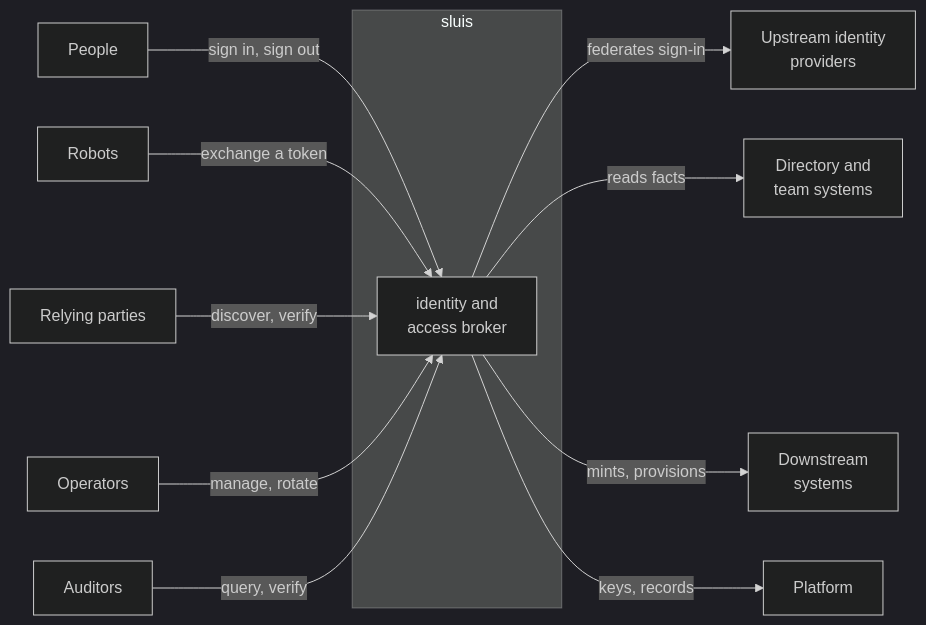
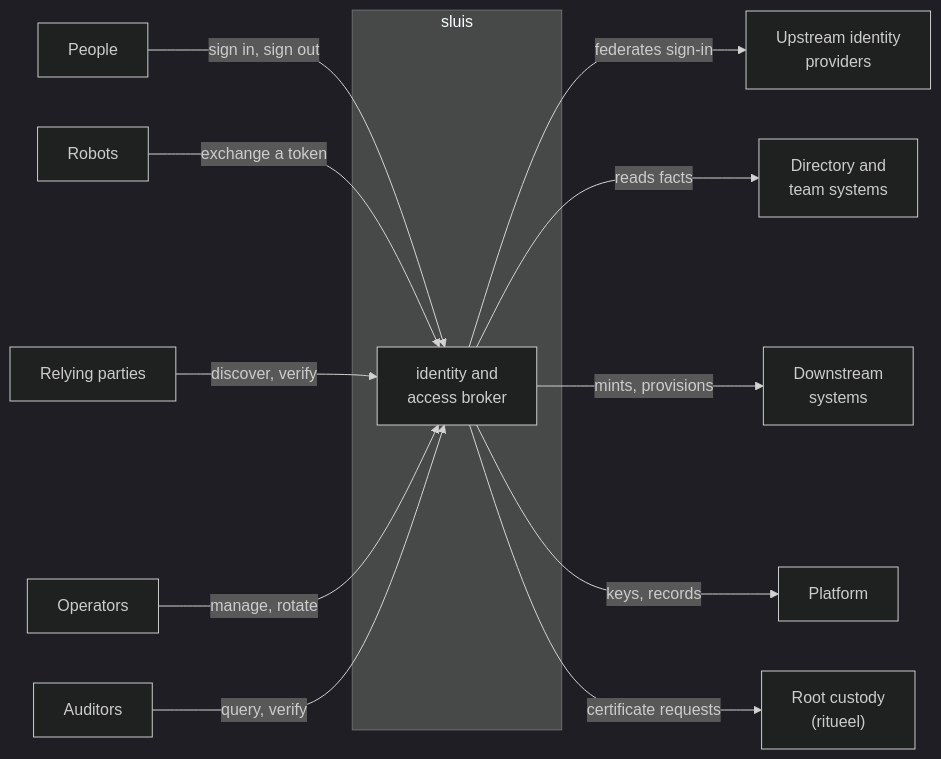
The first of 3 diagrams in docs/architecture/context.md (truvity/sluis), drawn with Mermaid (dark theme) before and after one commit. The commit also changed other lines of this file and 118 other files, not shown here.

````diff
--- a/docs/architecture/context.md
+++ b/docs/architecture/context.md
@@ -13,28 +13,30 @@
 ```mermaid
 flowchart LR
   person["People"]
   robot["Robots"]
   rp["Relying parties"]
   op["Operators"]
   aud["Auditors"]
 
   subgraph sluis_boundary["sluis"]
     sluis["identity and<br/>access broker"]
   end
 
   up["Upstream identity<br/>providers"]
   facts["Directory and<br/>team systems"]
   vendors["Downstream<br/>systems"]
   platform["Platform"]
+  roots["Root custody<br/>(ritueel)"]
 
   person -->|"sign in, sign out"| sluis
   robot -->|"exchange a token"| sluis
   rp -->|"discover, verify"| sluis
   op -->|"manage, rotate"| sluis
   aud -->|"query, verify"| sluis
 
   sluis -->|"federates sign-in"| up
   sluis -->|"reads facts"| facts
   sluis -->|"mints, provisions"| vendors
   sluis -->|"keys, records"| platform
+  sluis -->|"certificate requests"| roots
 ```
````
